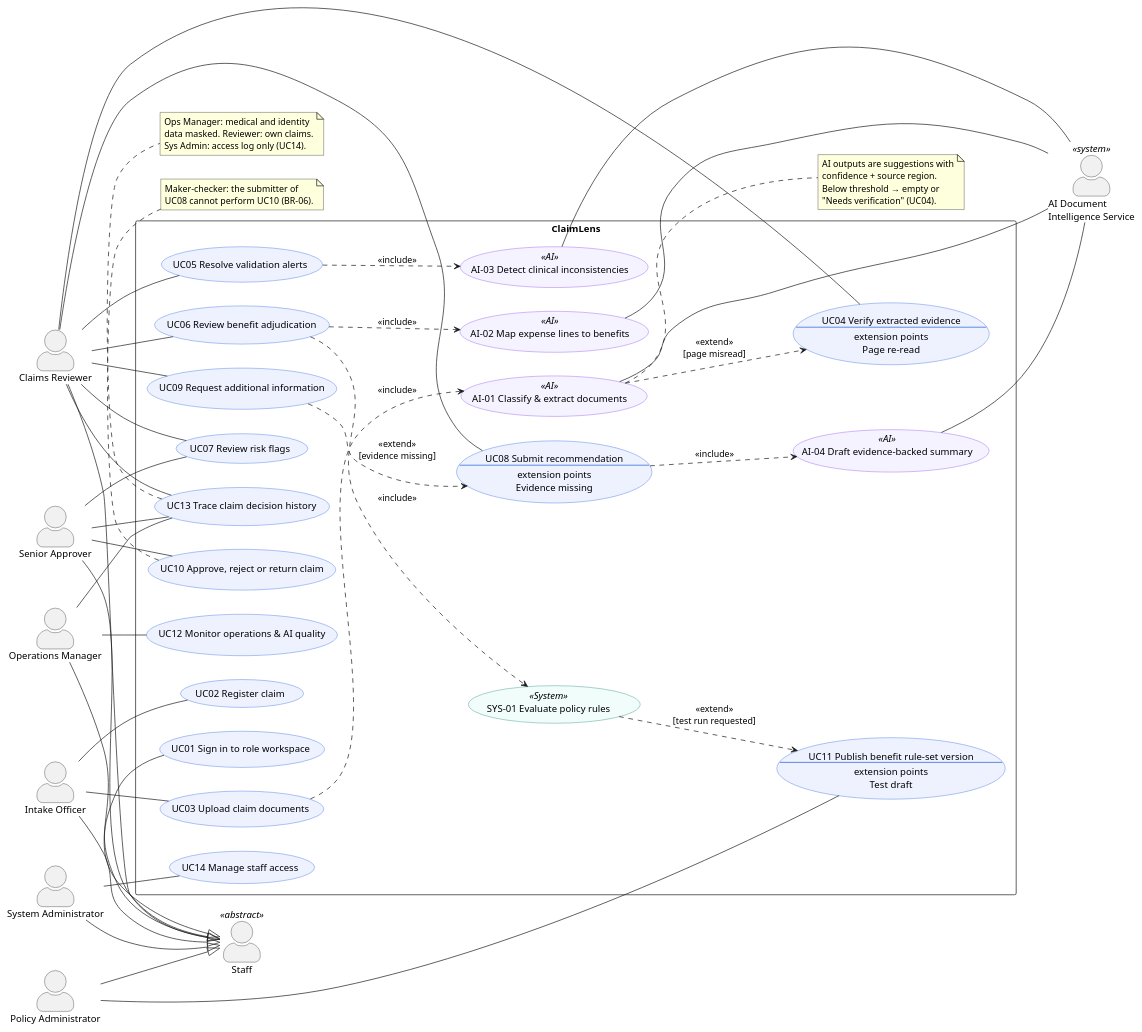
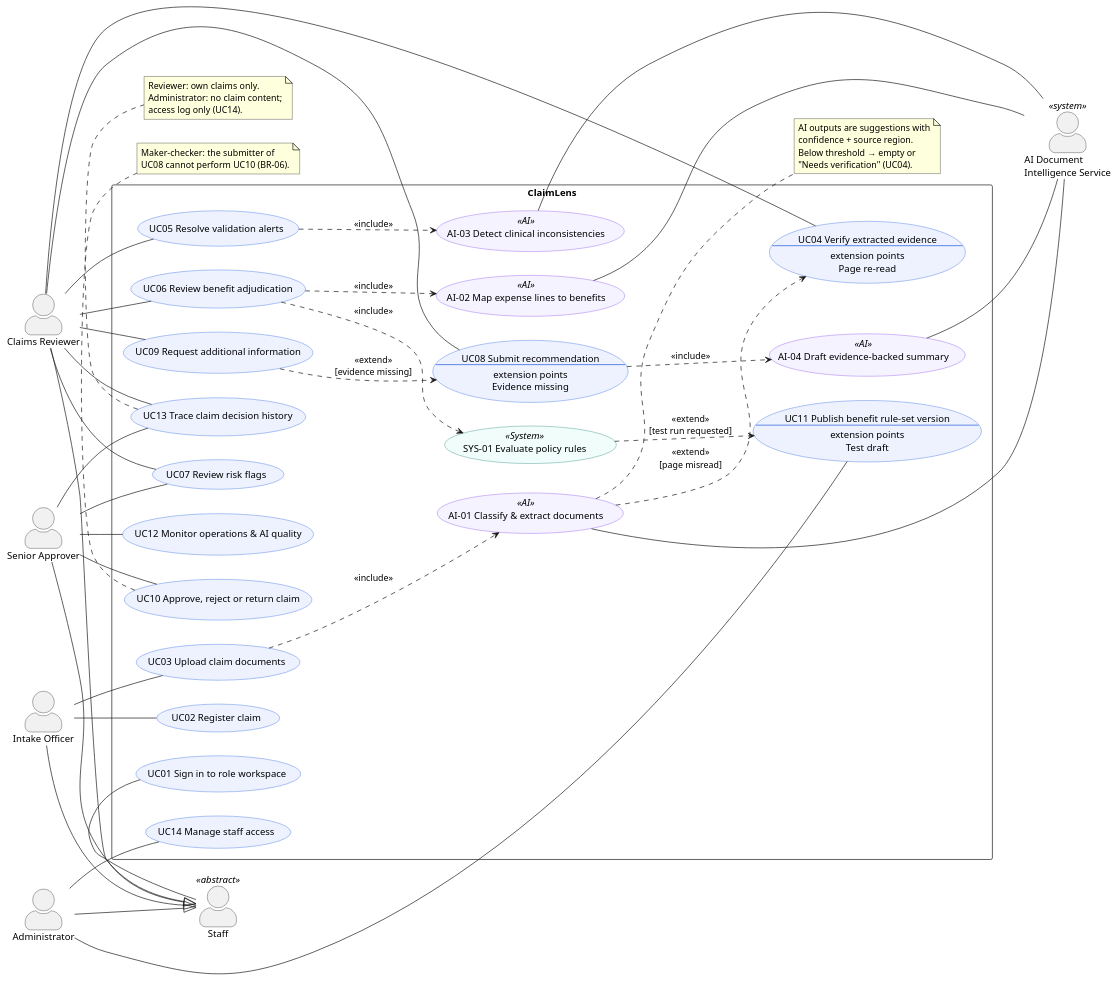
The diagram in docs/diagrams/use-case.puml (cuonglpv/PMDC-AITHUCCHIEN), drawn with PlantUML before and after one commit. The commit also changed 14 other files, not shown here.

```diff
--- a/docs/diagrams/use-case.puml
+++ b/docs/diagrams/use-case.puml
@@ -1,117 +1,112 @@
 @startuml use-case
 ' Strict UML use case diagram — render with PlantUML (VS Code extension or plantuml.jar)
 ' Must stay consistent with the Mermaid diagram in docs/03-use-cases.md
 left to right direction
 skinparam packageStyle rectangle
 skinparam actorStyle awesome
 skinparam usecase {
   BackgroundColor #EEF2FF
   BorderColor #1A56DB
   BackgroundColor<<AI>> #F5F3FF
   BorderColor<<AI>> #7C3AED
   BackgroundColor<<System>> #F0FDFA
   BorderColor<<System>> #0F766E
 }
 
 ' Primary actors (left)
 actor "Staff" as Staff <<abstract>>
 actor "Intake Officer" as Intake
 actor "Claims Reviewer" as Reviewer
 actor "Senior Approver" as Approver
-actor "Policy Administrator" as PolicyAdmin
-actor "Operations Manager" as Ops
-actor "System Administrator" as SysAdmin
+actor "Administrator" as Admin
 
 Intake --|> Staff
 Reviewer --|> Staff
 Approver --|> Staff
-PolicyAdmin --|> Staff
-Ops --|> Staff
-SysAdmin --|> Staff
+Admin --|> Staff
 
 rectangle "ClaimLens" {
   usecase "UC01 Sign in to role workspace" as UC01
   usecase "UC02 Register claim" as UC02
   usecase "UC03 Upload claim documents" as UC03
   usecase UC04 as "UC04 Verify extracted evidence
 --
 extension points
 Page re-read"
   usecase "UC05 Resolve validation alerts" as UC05
   usecase "UC06 Review benefit adjudication" as UC06
   usecase "UC07 Review risk flags" as UC07
   usecase UC08 as "UC08 Submit recommendation
 --
 extension points
 Evidence missing"
   usecase "UC09 Request additional information" as UC09
   usecase "UC10 Approve, reject or return claim" as UC10
   usecase UC11 as "UC11 Publish benefit rule-set version
 --
 extension points
 Test draft"
   usecase "UC12 Monitor operations & AI quality" as UC12
   usecase "UC13 Trace claim decision history" as UC13
   usecase "UC14 Manage staff access" as UC14
 
   usecase "AI-01 Classify & extract documents" as AI01 <<AI>>
   usecase "AI-02 Map expense lines to benefits" as AI02 <<AI>>
   usecase "AI-03 Detect clinical inconsistencies" as AI03 <<AI>>
   usecase "AI-04 Draft evidence-backed summary" as AI04 <<AI>>
 
   usecase "SYS-01 Evaluate policy rules" as SYS01 <<System>>
 }
 
 ' Secondary actor (right)
 actor "AI Document\nIntelligence Service" as AISvc <<system>>
 
 Staff -- UC01
 Intake -- UC02
 Intake -- UC03
 Reviewer -- UC04
 Reviewer -- UC05
 Reviewer -- UC06
 Reviewer -- UC07
 Reviewer -- UC08
 Reviewer -- UC09
 Reviewer -- UC13
 Approver -- UC07
 Approver -- UC10
+Approver -- UC12
 Approver -- UC13
-PolicyAdmin -- UC11
-Ops -- UC12
-Ops -- UC13
-SysAdmin -- UC14
+Admin -- UC11
+Admin -- UC14
 
 UC03 ..> AI01 : <<include>>
 AI01 ..> UC04 : <<extend>>\n[page misread]
 UC05 ..> AI03 : <<include>>
 UC06 ..> AI02 : <<include>>
 UC06 ..> SYS01 : <<include>>
 UC08 ..> AI04 : <<include>>
 UC09 ..> UC08 : <<extend>>\n[evidence missing]
 SYS01 ..> UC11 : <<extend>>\n[test run requested]
 
 AI01 -- AISvc
 AI02 -- AISvc
 AI03 -- AISvc
 AI04 -- AISvc
 
 note right of AI01
   AI outputs are suggestions with
   confidence + source region.
   Below threshold → empty or
   "Needs verification" (UC04).
 end note
 
 note bottom of UC10
   Maker–checker: the submitter of
   UC08 cannot perform UC10 (BR-06).
 end note
 
 note bottom of UC13
-  Ops Manager: medical and identity
-  data masked. Reviewer: own claims.
-  Sys Admin: access log only (UC14).
+  Reviewer: own claims only.
+  Administrator: no claim content;
+  access log only (UC14).
 end note
 @enduml
```
